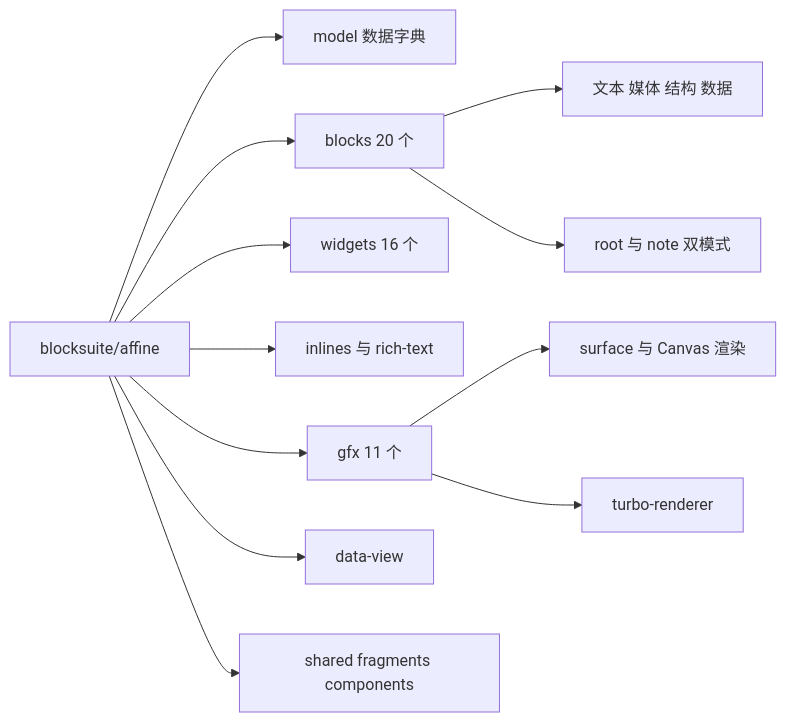
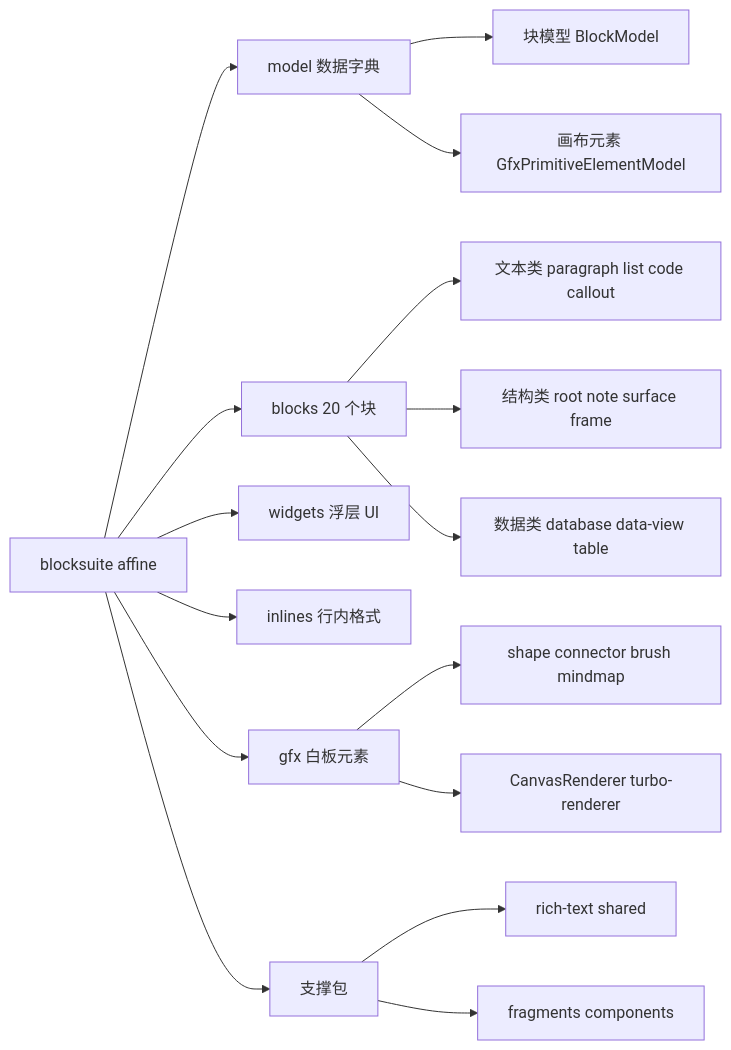
The first of 4 diagrams in learning-guide/slides/decks/14.md (lfire/AFFiNE), drawn with Mermaid before and after one commit. The commit also changed other lines of this file and 46 other files, not shown here.

````diff
--- a/learning-guide/slides/decks/14.md
+++ b/learning-guide/slides/decks/14.md
@@ -50,14 +33,18 @@
 ```mermaid
 flowchart LR
-  AFF["blocksuite/affine"] --> M[model 数据字典]
-  AFF --> B[blocks 20 个]
-  AFF --> W[widgets 16 个]
-  AFF --> I[inlines 与 rich-text]
-  AFF --> G[gfx 11 个]
-  AFF --> DV[data-view]
-  AFF --> SH[shared fragments components]
-  B --> B1[文本 媒体 结构 数据]
-  B --> RN[root 与 note 双模式]
-  G --> SF[surface 与 Canvas 渲染]
-  G --> TR[turbo-renderer]
+  ROOT["blocksuite affine"] --> M["model 数据字典"]
+  ROOT --> B["blocks 20 个块"]
+  ROOT --> W["widgets 浮层 UI"]
+  ROOT --> I["inlines 行内格式"]
+  ROOT --> G["gfx 白板元素"]
+  ROOT --> S["支撑包"]
+  M --> M1["块模型 BlockModel"]
+  M --> M2["画布元素 GfxPrimitiveElementModel"]
+  B --> B1["文本类 paragraph list code callout"]
+  B --> B2["结构类 root note surface frame"]
+  B --> B3["数据类 database data-view table"]
+  G --> G1["shape connector brush mindmap"]
+  G --> G2["CanvasRenderer turbo-renderer"]
+  S --> S1["rich-text shared"]
+  S --> S2["fragments components"]
 ```
````
